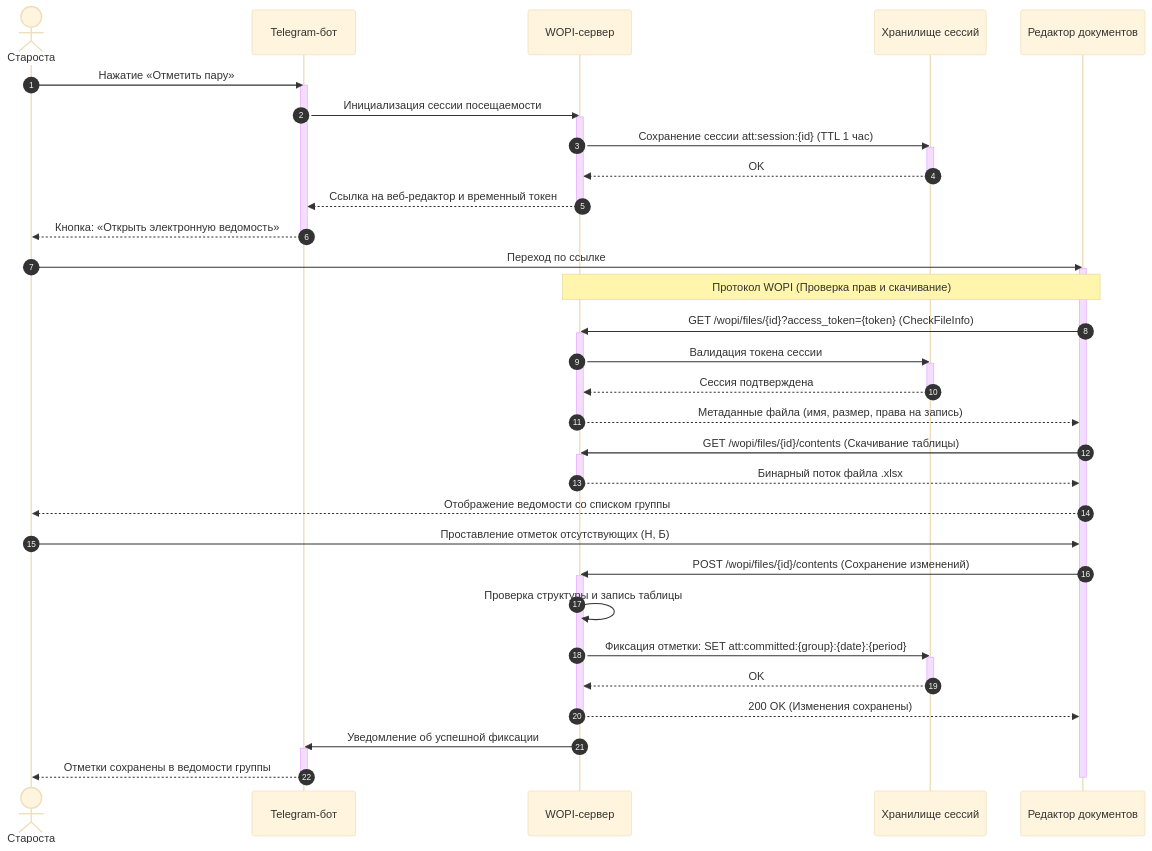
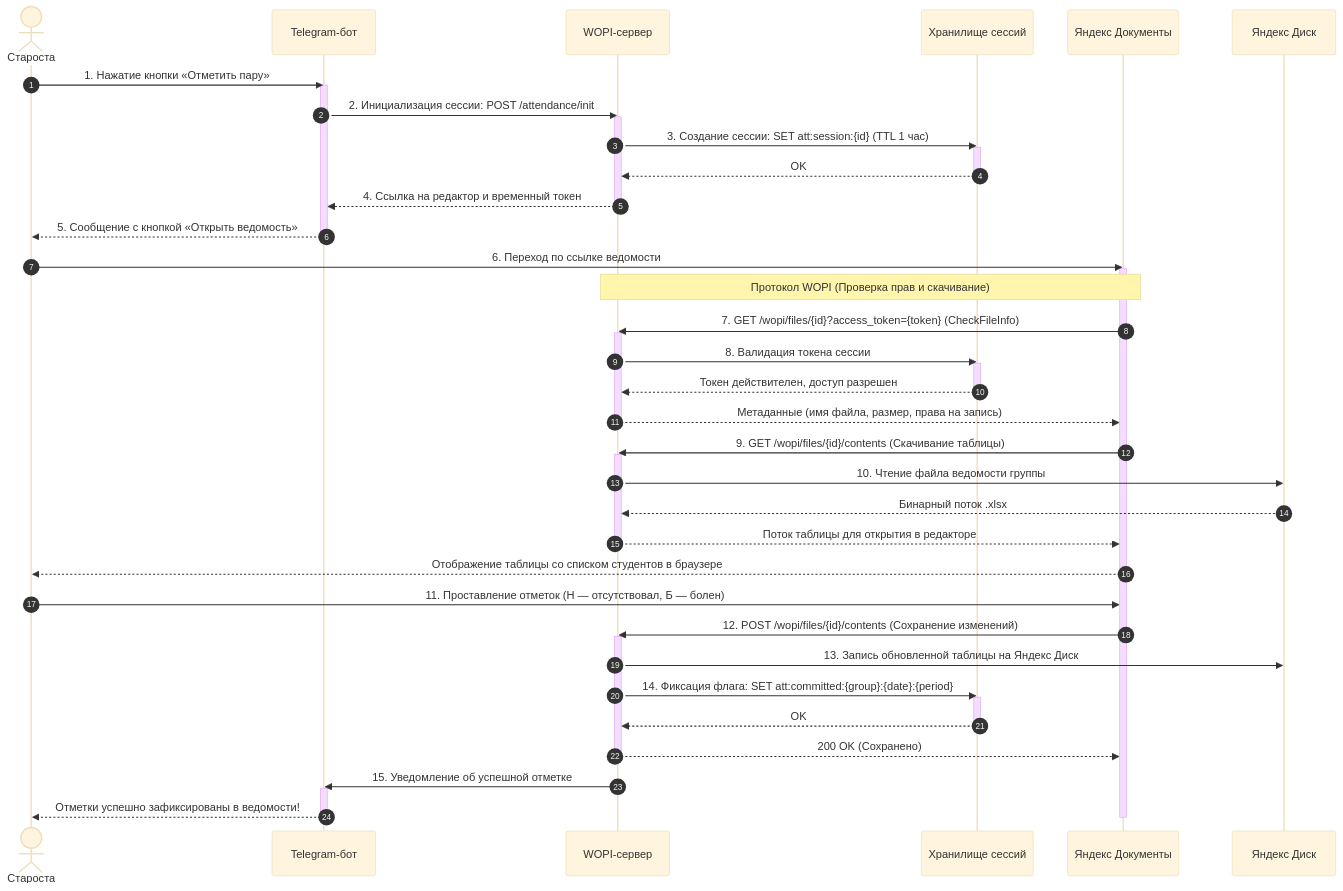
The sixth of 7 diagrams in docs/UML.md (Utkautka1/para), drawn with Mermaid (base theme) before and after one commit. The commit also changed other lines of this file, not shown here.

Commit message:
docs: сквозная архитектура End-to-End Data Flow с пошаговыми цепочками вызовов

````diff
--- a/docs/UML.md
+++ b/docs/UML.md
@@ -406,62 +411,65 @@
 ```mermaid
 sequenceDiagram
     autonumber
     actor Admin as Староста
     participant Bot as Telegram-бот
     participant Backend as WOPI-сервер
     participant Redis as Хранилище сессий
-    participant Yandex as Редактор документов
+    participant Yandex as Яндекс Документы
+    participant Disk as Яндекс Диск
 
-    Admin->>Bot: Нажатие «Отметить пару»
+    Admin->>Bot: 1. Нажатие кнопки «Отметить пару»
     activate Bot
-    Bot->>Backend: Инициализация сессии посещаемости
+    Bot->>Backend: 2. Инициализация сессии: POST /attendance/init
     activate Backend
-    
-    Backend->>Redis: Сохранение сессии att:session:{id} (TTL 1 час)
+
+    Backend->>Redis: 3. Создание сессии: SET att:session:{id} (TTL 1 час)
     activate Redis
     Redis-->>Backend: OK
     deactivate Redis
 
-    Backend-->>Bot: Ссылка на веб-редактор и временный токен
+    Backend-->>Bot: 4. Ссылка на редактор и временный токен
     deactivate Backend
-    Bot-->>Admin: Кнопка: «Открыть электронную ведомость»
+    Bot-->>Admin: 5. Сообщение с кнопкой «Открыть ведомость»
     deactivate Bot
 
-    Admin->>Yandex: Переход по ссылке
+    Admin->>Yandex: 6. Переход по ссылке ведомости
     activate Yandex
 
     note over Yandex,Backend: Протокол WOPI (Проверка прав и скачивание)
-    Yandex->>Backend: GET /wopi/files/{id}?access_token={token} (CheckFileInfo)
+    Yandex->>Backend: 7. GET /wopi/files/{id}?access_token={token} (CheckFileInfo)
     activate Backend
-    Backend->>Redis: Валидация токена сессии
+    Backend->>Redis: 8. Валидация токена сессии
     activate Redis
-    Redis-->>Backend: Сессия подтверждена
+    Redis-->>Backend: Токен действителен, доступ разрешен
     deactivate Redis
-    Backend-->>Yandex: Метаданные файла (имя, размер, права на запись)
+    Backend-->>Yandex: Метаданные (имя файла, размер, права на запись)
     deactivate Backend
 
-    Yandex->>Backend: GET /wopi/files/{id}/contents (Скачивание таблицы)
+    Yandex->>Backend: 9. GET /wopi/files/{id}/contents (Скачивание таблицы)
     activate Backend
-    Backend-->>Yandex: Бинарный поток файла .xlsx
+    Backend->>Disk: 10. Чтение файла ведомости группы
+    Disk-->>Backend: Бинарный поток .xlsx
+    Backend-->>Yandex: Поток таблицы для открытия в редакторе
     deactivate Backend
 
-    Yandex-->>Admin: Отображение ведомости со списком группы
+    Yandex-->>Admin: Отображение таблицы со списком студентов в браузере
 
-    Admin->>Yandex: Проставление отметок отсутствующих (Н, Б)
+    Admin->>Yandex: 11. Проставление отметок (Н — отсутствовал, Б — болен)
 
-    Yandex->>Backend: POST /wopi/files/{id}/contents (Сохранение изменений)
+    Yandex->>Backend: 12. POST /wopi/files/{id}/contents (Сохранение изменений)
     activate Backend
-    Backend->>Backend: Проверка структуры и запись таблицы
-    Backend->>Redis: Фиксация отметки: SET att:committed:{group}:{date}:{period}
+    Backend->>Disk: 13. Запись обновленной таблицы на Яндекс Диск
+    Backend->>Redis: 14. Фиксация флага: SET att:committed:{group}:{date}:{period}
     activate Redis
     Redis-->>Backend: OK
     deactivate Redis
-    Backend-->>Yandex: 200 OK (Изменения сохранены)
+    Backend-->>Yandex: 200 OK (Сохранено)
     deactivate Backend
 
-    Backend->>Bot: Уведомление об успешной фиксации
+    Backend->>Bot: 15. Уведомление об успешной отметке
     activate Bot
-    Bot-->>Admin: Отметки сохранены в ведомости группы
+    Bot-->>Admin: Отметки успешно зафиксированы в ведомости!
     deactivate Bot
     deactivate Yandex
 ```
````
